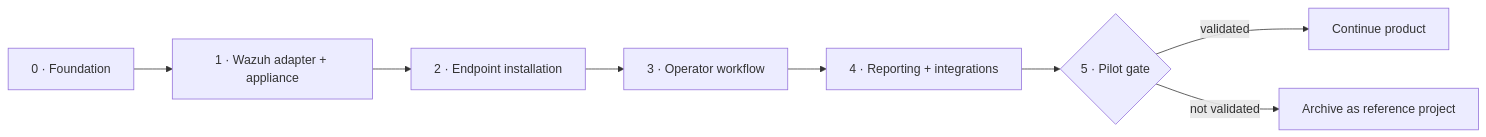
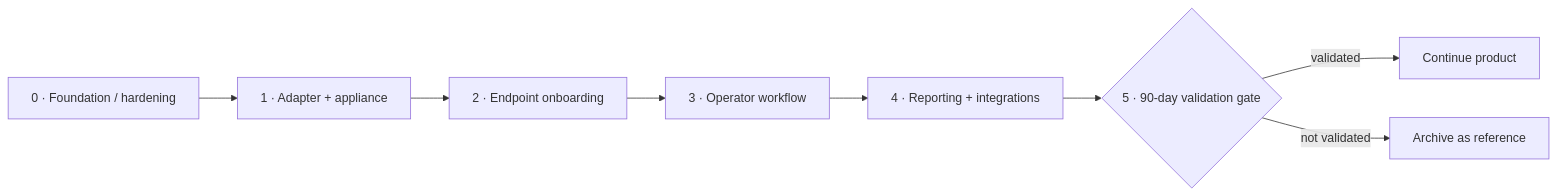
One commit to MAPLEIZER/Cloud-X-MVP changed the fourth of 6 diagrams in README.md. Above: the diagram before and after it, drawn with Mermaid. The commit also changed other lines of this file, not shown here.

Commit message:
docs(readme): modernize Cloud-X project overview

````diff
--- a/README.md
+++ b/README.md
@@ -177,10 +235,10 @@
 ```mermaid
 flowchart LR
-    P0["0 · Foundation"] --> P1["1 · Wazuh adapter + appliance"]
-    P1 --> P2["2 · Endpoint installation"]
+    P0["0 · Foundation / hardening"] --> P1["1 · Adapter + appliance"]
+    P1 --> P2["2 · Endpoint onboarding"]
     P2 --> P3["3 · Operator workflow"]
     P3 --> P4["4 · Reporting + integrations"]
-    P4 --> P5{"5 · Pilot gate"}
+    P4 --> P5{"5 · 90-day validation gate"}
     P5 -->|validated| GO["Continue product"]
-    P5 -->|not validated| STOP["Archive as reference project"]
+    P5 -->|not validated| STOP["Archive as reference"]
 ```
````
